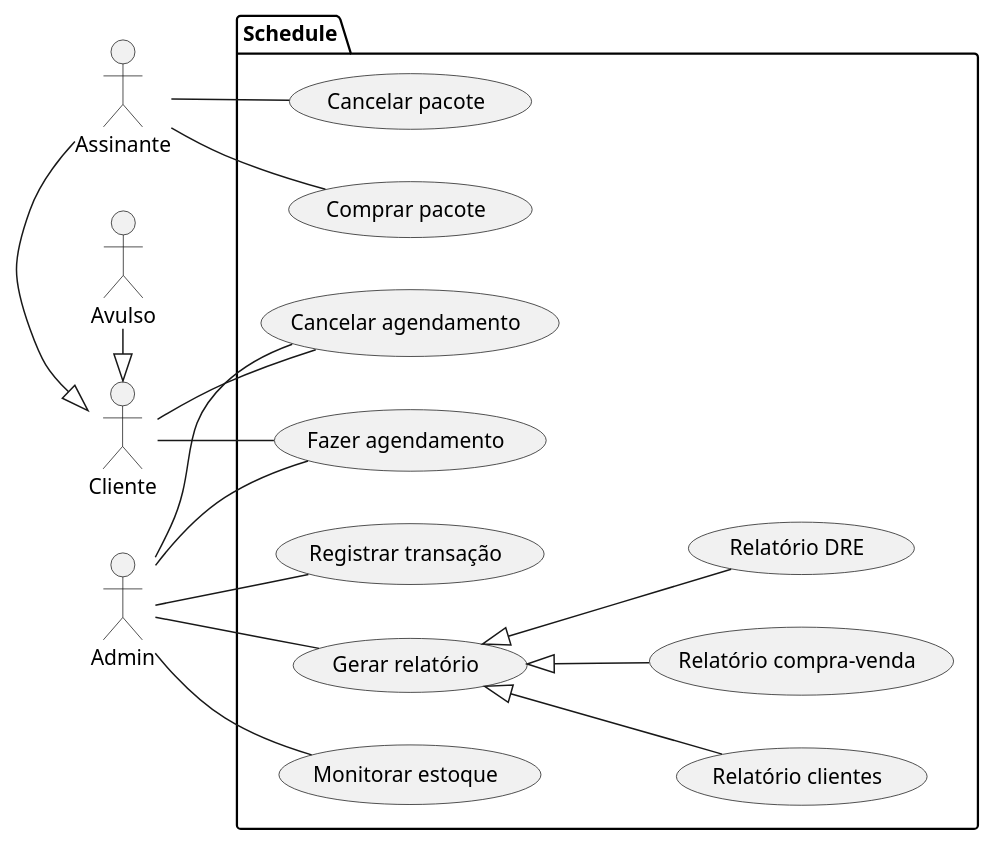
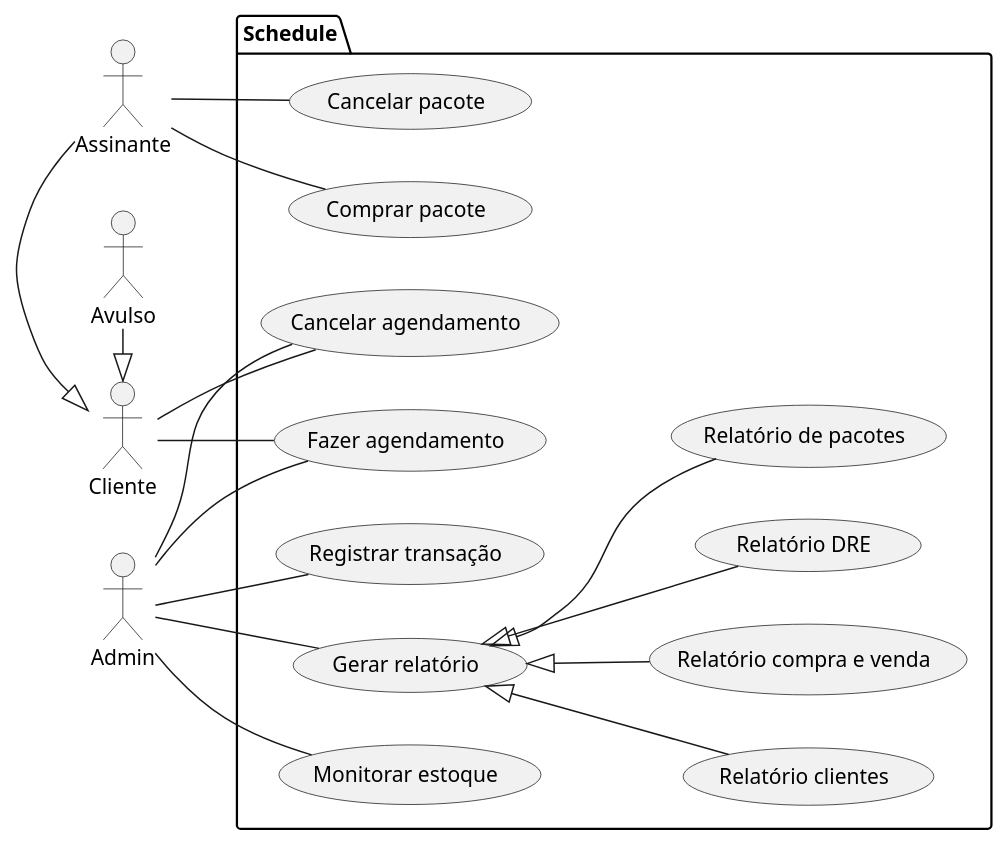
The diagram in Doc/CasoDeUso/CasosDeUso.puml (GabrielAlves027/ES2), drawn with PlantUML before and after one commit.

```diff
--- a/Doc/CasoDeUso/CasosDeUso.puml
+++ b/Doc/CasoDeUso/CasosDeUso.puml
@@ -1,33 +1,35 @@
 @startuml
 left to right direction
 actor Cliente as C
 actor Admin as A
 actor Assinante as S
 actor Avulso as V
 package Schedule{
   usecase "Fazer agendamento" as UC1
   usecase "Cancelar agendamento" as UC2
   usecase "Comprar pacote" as UC3
   usecase "Cancelar pacote" as UC4
   usecase "Monitorar estoque" as UC5
   usecase "Registrar transação" as UC6
   usecase "Gerar relatório" as UC7
   usecase "Relatório clientes" as UC8
-  usecase "Relatório compra-venda" as UC9
+  usecase "Relatório compra e venda" as UC9
   usecase "Relatório DRE" as UC10
+  usecase "Relatório de pacotes" as UC11
 }
 C <|-left- S
 C <|-left- V
 A -- UC1
 A -- UC2
 A -- UC5
 A -- UC6
 A -- UC7
 S -- UC3
 S -- UC4
 C -- UC1
 C -- UC2
 (UC7) <|-- (UC8)
 (UC7) <|-- (UC9)
 (UC7) <|-- (UC10)
+(UC7) <|-- (UC11)
 @enduml
```
